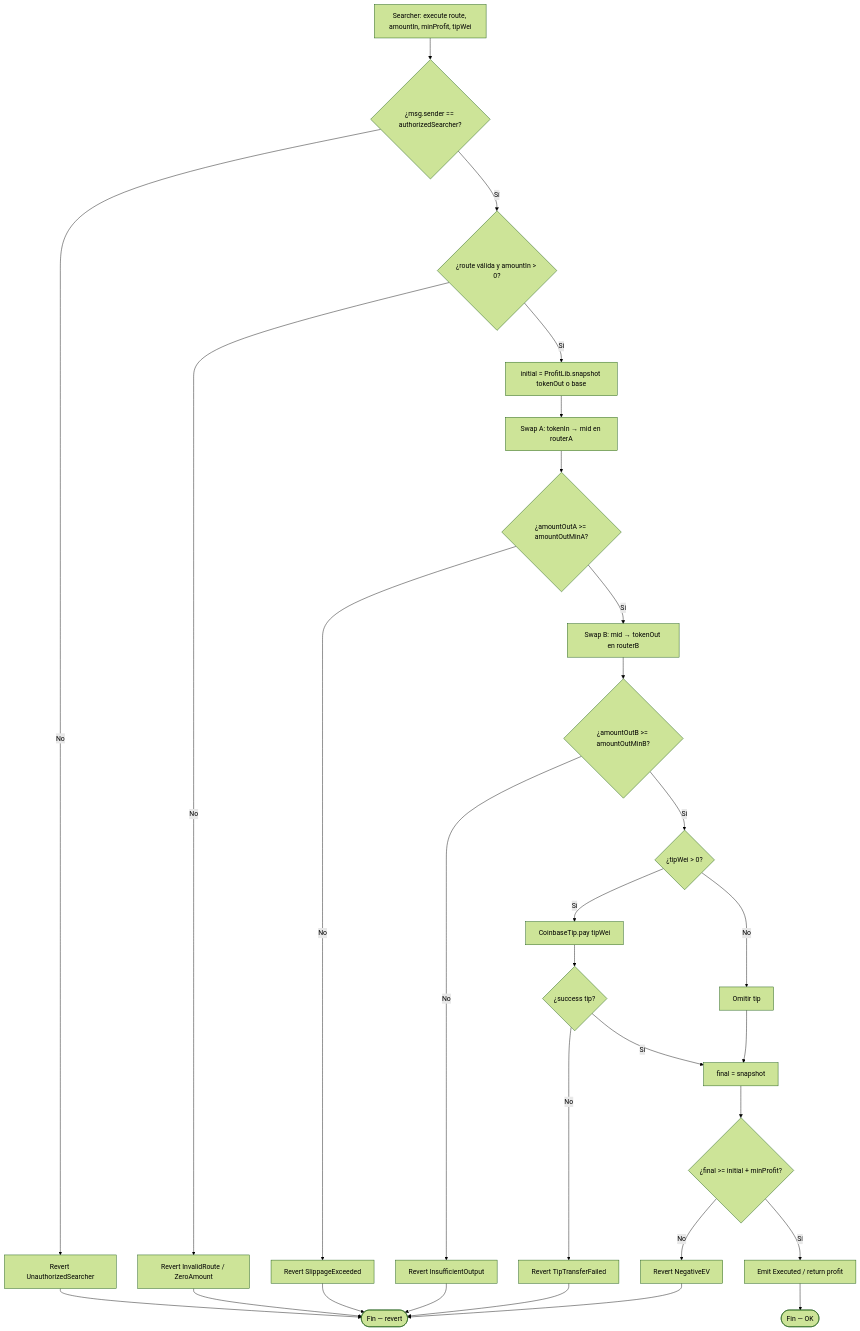
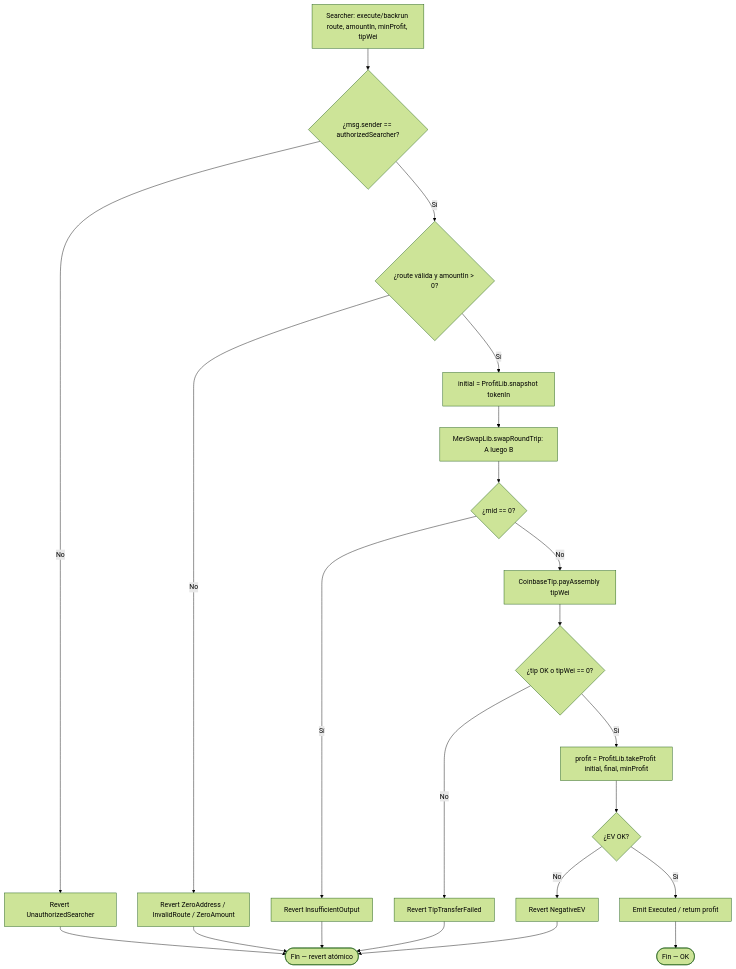
One commit to rastrahm/mev-hft-infra changed the first of 9 diagrams in doc/diagrama-de-flujo.md. Above: the diagram before and after it, drawn with Mermaid (forest theme). The commit also changed other lines of this file and 5 other files, not shown here.

````diff
--- a/doc/diagrama-de-flujo.md
+++ b/doc/diagrama-de-flujo.md
@@ -7,31 +7,24 @@
 ```mermaid
 flowchart TD
-    A[Searcher: execute route, amountIn, minProfit, tipWei] --> B{¿msg.sender == authorizedSearcher?}
+    A[Searcher: execute/backrun route, amountIn, minProfit, tipWei] --> B{¿msg.sender == authorizedSearcher?}
     B -->|No| Z1[Revert UnauthorizedSearcher]
     B -->|Sí| C{¿route válida y amountIn > 0?}
-    C -->|No| Z2[Revert InvalidRoute / ZeroAmount]
-    C -->|Sí| D[initial = ProfitLib.snapshot tokenOut o base]
-    D --> E[Swap A: tokenIn → mid en routerA]
-    E --> F{¿amountOutA >= amountOutMinA?}
-    F -->|No| Z3[Revert SlippageExceeded]
-    F -->|Sí| G[Swap B: mid → tokenOut en routerB]
-    G --> H{¿amountOutB >= amountOutMinB?}
-    H -->|No| Z4[Revert InsufficientOutput]
-    H -->|Sí| I{¿tipWei > 0?}
-    I -->|Sí| J[CoinbaseTip.pay tipWei]
-    I -->|No| K[Omitir tip]
-    J --> L{¿success tip?}
-    L -->|No| Z5[Revert TipTransferFailed]
-    L -->|Sí| M[final = snapshot]
-    K --> M
-    M --> N{¿final >= initial + minProfit?}
-    N -->|No| Z6[Revert NegativeEV]
-    N -->|Sí| O[Emit Executed / return profit]
-    Z1 --> End([Fin — revert])
+    C -->|No| Z2[Revert ZeroAddress / InvalidRoute / ZeroAmount]
+    C -->|Sí| D[initial = ProfitLib.snapshot tokenIn]
+    D --> E[MevSwapLib.swapRoundTrip: A luego B]
+    E --> F{¿mid == 0?}
+    F -->|Sí| Z3[Revert InsufficientOutput]
+    F -->|No| G[CoinbaseTip.payAssembly tipWei]
+    G --> H{¿tip OK o tipWei == 0?}
+    H -->|No| Z4[Revert TipTransferFailed]
+    H -->|Sí| I[profit = ProfitLib.takeProfit initial, final, minProfit]
+    I --> J{¿EV OK?}
+    J -->|No| Z5[Revert NegativeEV]
+    J -->|Sí| K[Emit Executed / return profit]
+    Z1 --> End([Fin — revert atómico])
     Z2 --> End
     Z3 --> End
     Z4 --> End
     Z5 --> End
-    Z6 --> End
-    O --> Ok([Fin — OK])
+    K --> Ok([Fin — OK])
 ```
````
